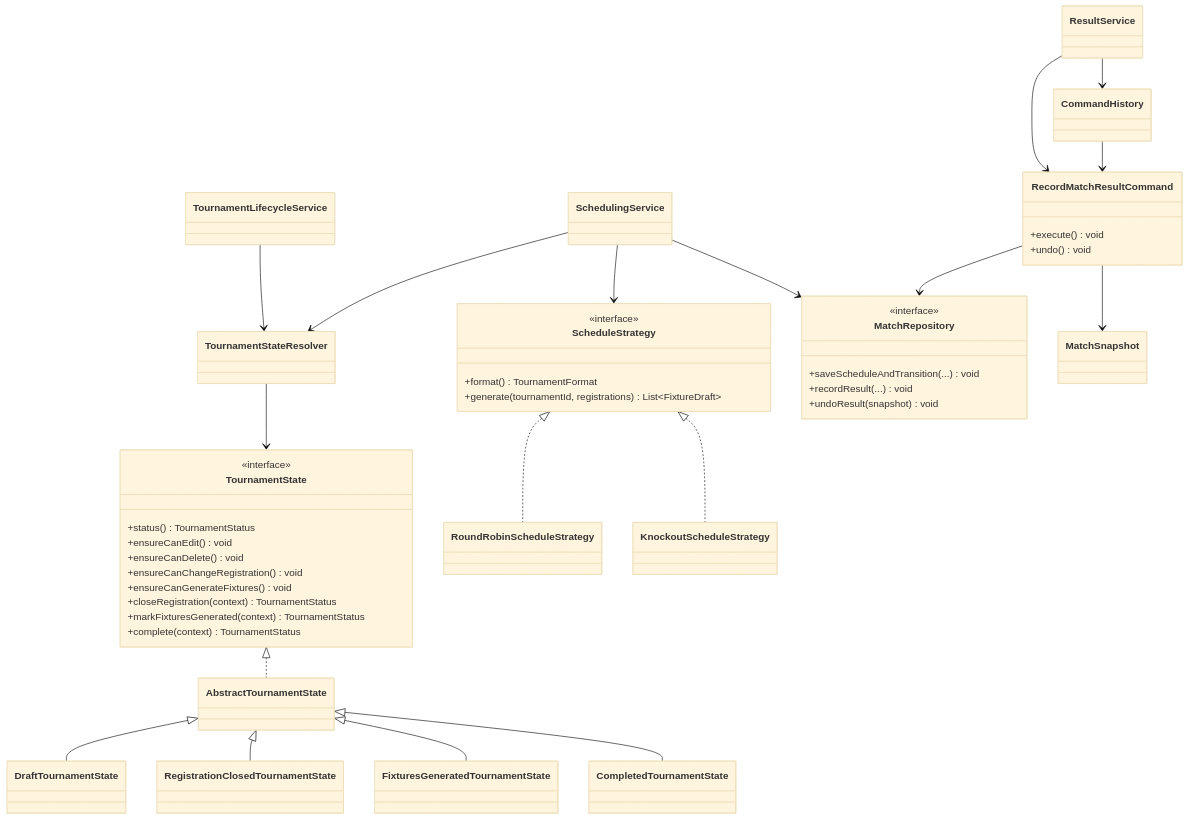
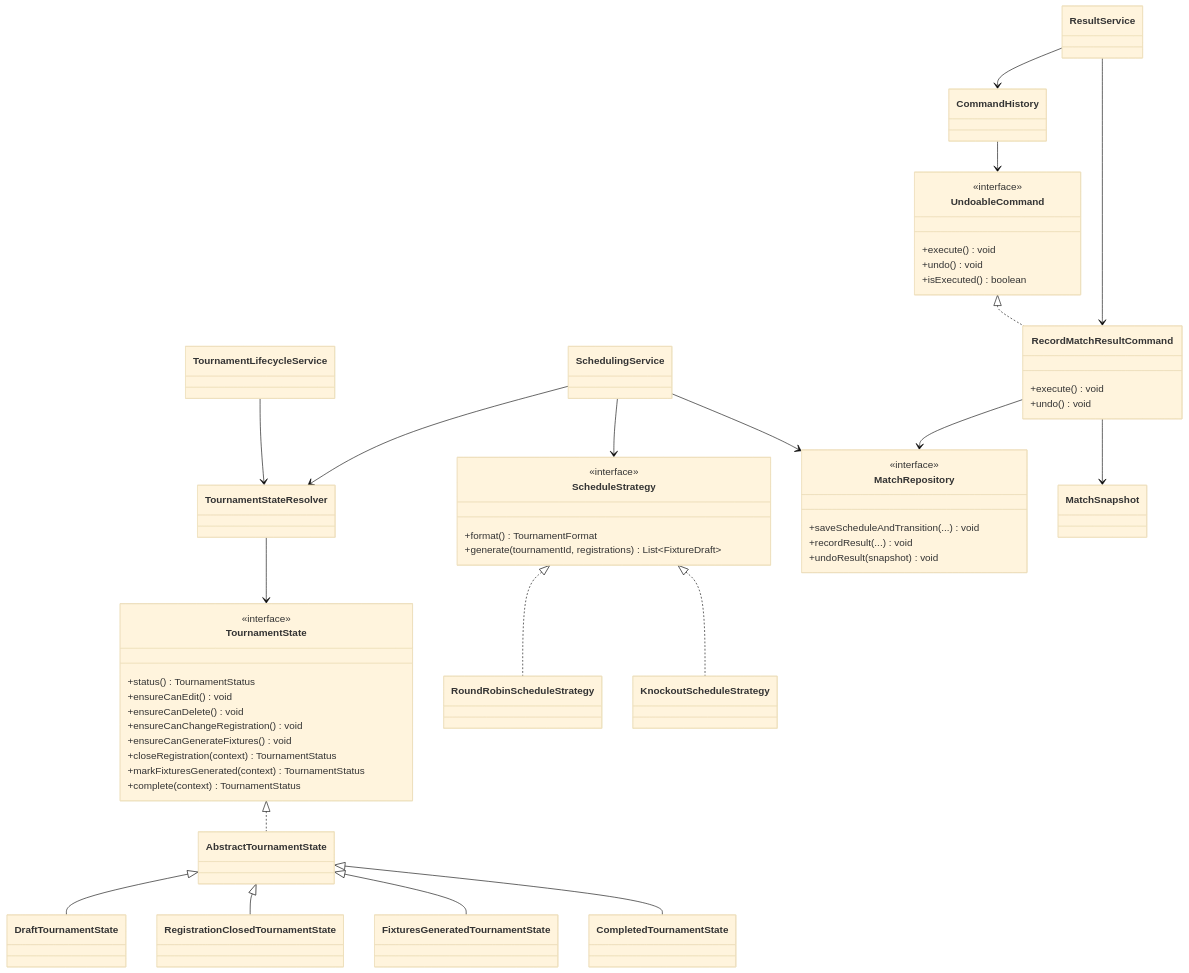
The first of 4 diagrams in docs/architecture/design-patterns.md (Oz-er/Kickoff), drawn with Mermaid (base theme) before and after one commit. The commit also changed other lines of this file and 9 other files, not shown here.

Commit message:
refactor: formalize undoable command abstraction

````diff
--- a/docs/architecture/design-patterns.md
+++ b/docs/architecture/design-patterns.md
@@ -13,66 +13,73 @@
 ```mermaid
 classDiagram
     direction TB
 
     class TournamentState {
         <<interface>>
         +status() TournamentStatus
         +ensureCanEdit() void
         +ensureCanDelete() void
         +ensureCanChangeRegistration() void
         +ensureCanGenerateFixtures() void
         +closeRegistration(context) TournamentStatus
         +markFixturesGenerated(context) TournamentStatus
         +complete(context) TournamentStatus
     }
     class AbstractTournamentState
     class DraftTournamentState
     class RegistrationClosedTournamentState
     class FixturesGeneratedTournamentState
     class CompletedTournamentState
     class TournamentStateResolver
     class TournamentLifecycleService
 
     TournamentState <|.. AbstractTournamentState
     AbstractTournamentState <|-- DraftTournamentState
     AbstractTournamentState <|-- RegistrationClosedTournamentState
     AbstractTournamentState <|-- FixturesGeneratedTournamentState
     AbstractTournamentState <|-- CompletedTournamentState
     TournamentStateResolver --> TournamentState
     TournamentLifecycleService --> TournamentStateResolver
 
     class ScheduleStrategy {
         <<interface>>
         +format() TournamentFormat
         +generate(tournamentId, registrations) List~FixtureDraft~
     }
     class RoundRobinScheduleStrategy
     class KnockoutScheduleStrategy
     class SchedulingService
     class MatchRepository {
         <<interface>>
         +saveScheduleAndTransition(...) void
         +recordResult(...) void
         +undoResult(snapshot) void
     }
 
     ScheduleStrategy <|.. RoundRobinScheduleStrategy
     ScheduleStrategy <|.. KnockoutScheduleStrategy
     SchedulingService --> ScheduleStrategy
     SchedulingService --> TournamentStateResolver
     SchedulingService --> MatchRepository
 
+    class UndoableCommand {
+        <<interface>>
+        +execute() void
+        +undo() void
+        +isExecuted() boolean
+    }
     class RecordMatchResultCommand {
         +execute() void
         +undo() void
     }
     class MatchSnapshot
     class CommandHistory
     class ResultService
 
+    UndoableCommand <|.. RecordMatchResultCommand
     ResultService --> RecordMatchResultCommand
     ResultService --> CommandHistory
-    CommandHistory --> RecordMatchResultCommand
+    CommandHistory --> UndoableCommand
     RecordMatchResultCommand --> MatchSnapshot
     RecordMatchResultCommand --> MatchRepository
 ```
````
